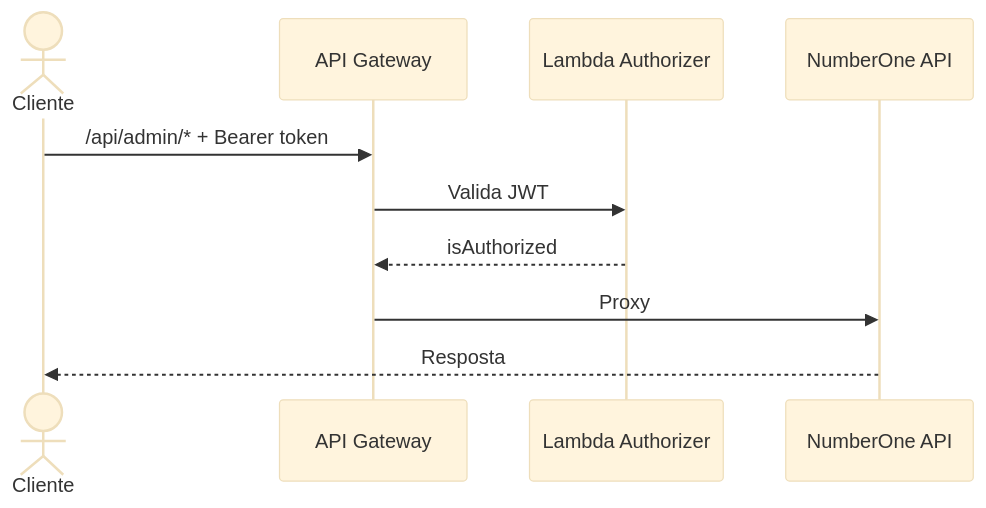
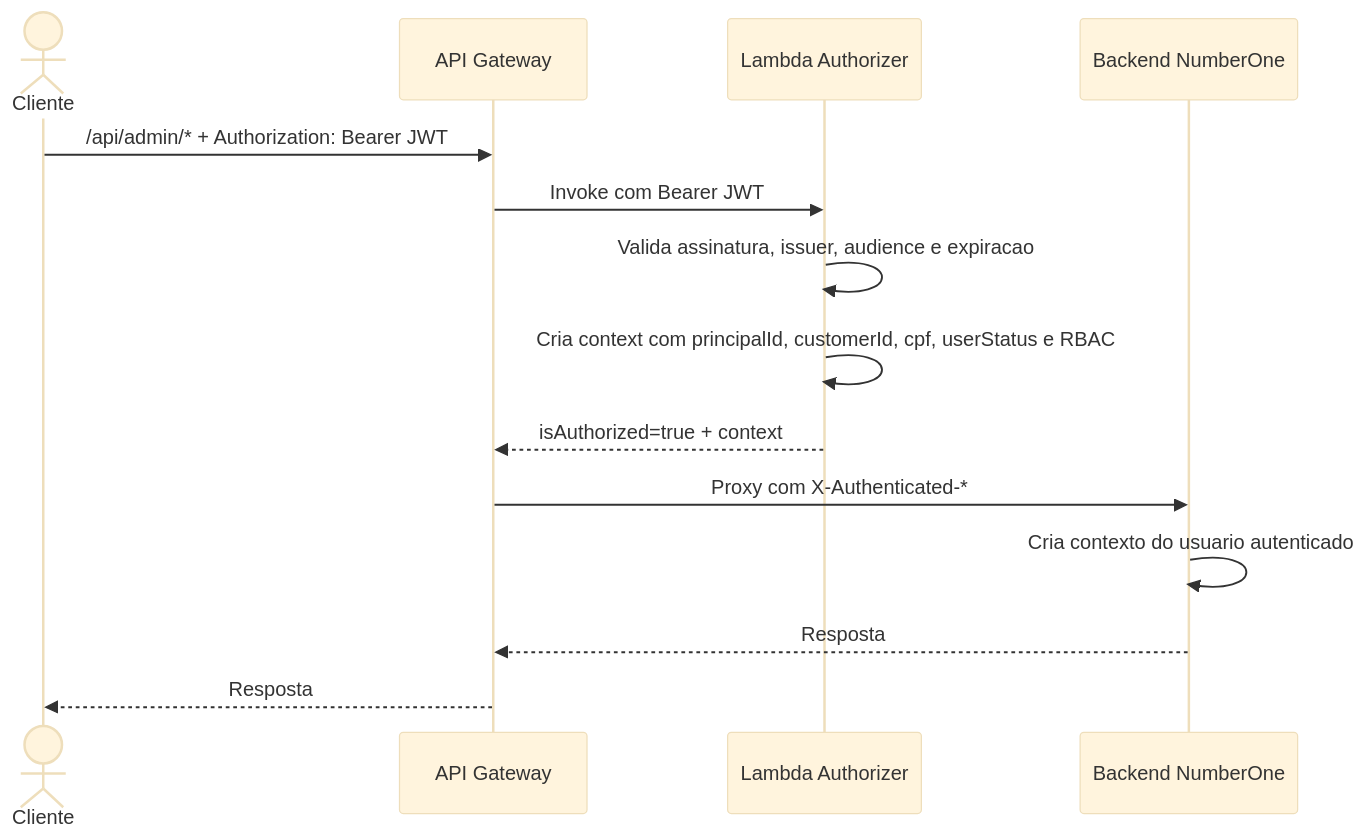
One commit to PosTech15SOAT/numberone-app-auth changed the second of 2 diagrams in docs/diagrams/auth-flow.md. Above: the diagram before and after it, drawn with Mermaid (base theme). The commit also changed other lines of this file and 15 other files, not shown here.

Commit message:
docs: finalize auth flow deliverables

````diff
--- a/docs/diagrams/auth-flow.md
+++ b/docs/diagrams/auth-flow.md
@@ -24,13 +29,17 @@
 ```mermaid
 sequenceDiagram
     actor Cliente
     participant APIGW as API Gateway
     participant Authz as Lambda Authorizer
-    participant API as NumberOne API
+    participant Backend as Backend NumberOne
 
-    Cliente->>APIGW: /api/admin/* + Bearer token
-    APIGW->>Authz: Valida JWT
-    Authz-->>APIGW: isAuthorized
-    APIGW->>API: Proxy
-    API-->>Cliente: Resposta
+    Cliente->>APIGW: /api/admin/* + Authorization: Bearer JWT
+    APIGW->>Authz: Invoke com Bearer JWT
+    Authz->>Authz: Valida assinatura, issuer, audience e expiracao
+    Authz->>Authz: Cria context com principalId, customerId, cpf, userStatus e RBAC
+    Authz-->>APIGW: isAuthorized=true + context
+    APIGW->>Backend: Proxy com X-Authenticated-*
+    Backend->>Backend: Cria contexto do usuario autenticado
+    Backend-->>APIGW: Resposta
+    APIGW-->>Cliente: Resposta
 ```
````
